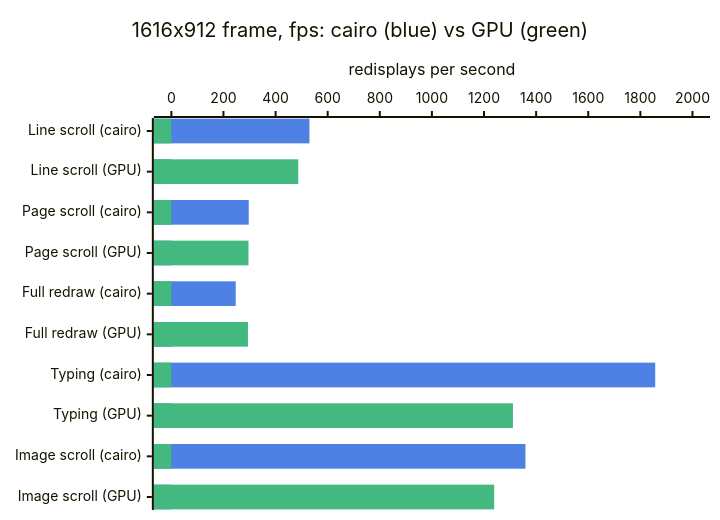
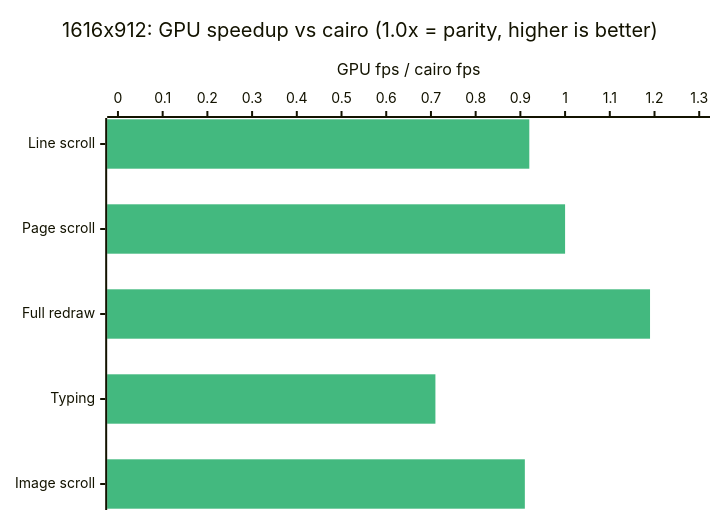
Before and after one commit to bobrowadam/emacs: the first of 3 diagrams in README.md, drawn with Mermaid. The commit also changed other lines of this file, not shown here.

First line of the commit message:
README: charts show the comparison, not duplicate the tables

````diff
--- a/README.md
+++ b/README.md
@@ -245,14 +245,13 @@
 ```mermaid
 ---
 config:
   themeVariables:
     xyChart:
-      plotColorPalette: "#4f81e5, #43b97f"
+      plotColorPalette: "#43b97f"
 ---
 xychart-beta horizontal
-    title "1616x912 frame, fps: cairo (blue) vs GPU (green)"
-    x-axis ["Line scroll (cairo)", "Line scroll (GPU)", "Page scroll (cairo)", "Page scroll (GPU)", "Full redraw (cairo)", "Full redraw (GPU)", "Typing (cairo)", "Typing (GPU)", "Image scroll (cairo)", "Image scroll (GPU)"]
-    y-axis "redisplays per second" 0 --> 2000
-    bar [530, 0, 297, 0, 247, 0, 1857, 0, 1359, 0]
-    bar [0, 487, 0, 296, 0, 294, 0, 1311, 0, 1239]
+    title "1616x912: GPU speedup vs cairo (1.0x = parity, higher is better)"
+    x-axis ["Line scroll", "Page scroll", "Full redraw", "Typing", "Image scroll"]
+    y-axis "GPU fps / cairo fps" 0 --> 1.3
+    bar [0.92, 1.00, 1.19, 0.71, 0.91]
 ```
````
